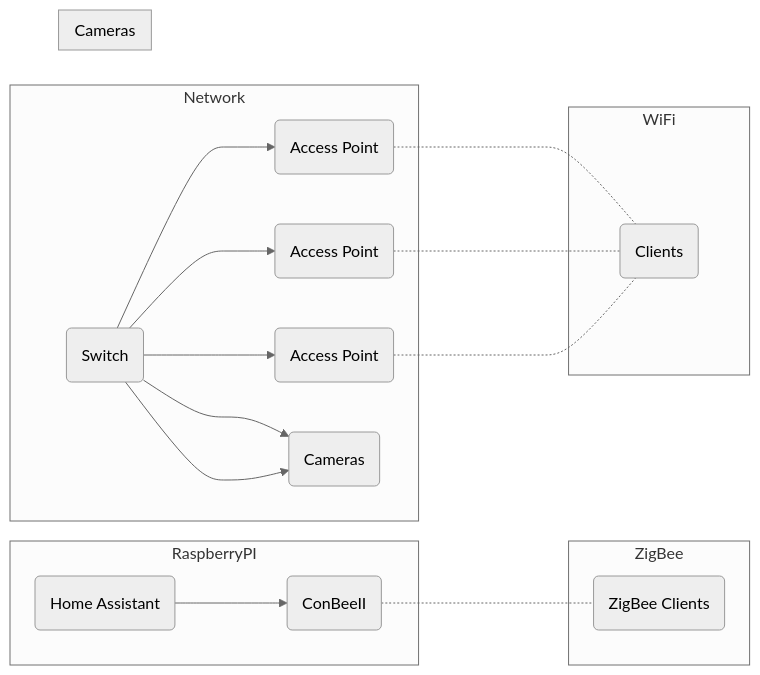
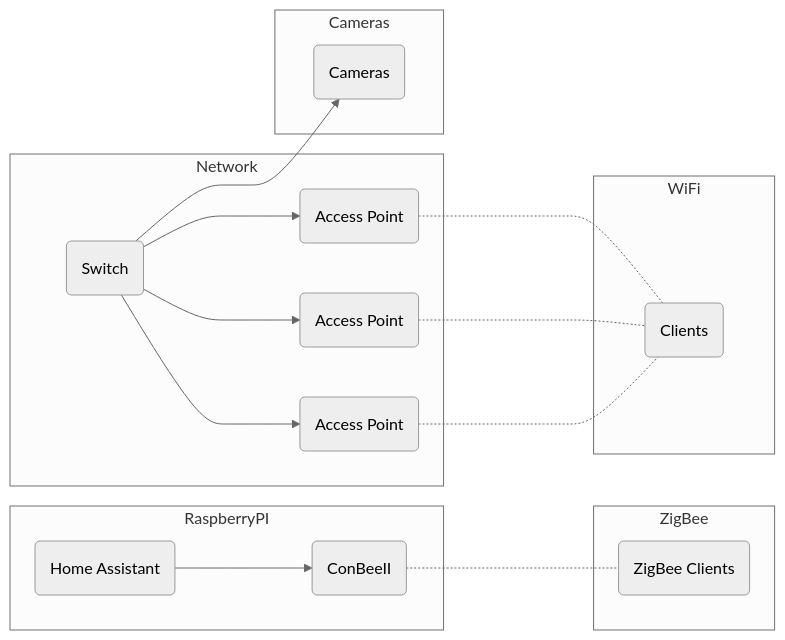
One commit to rangulvers/Homeautomation changed the diagram in README.md. Above: the diagram before and after it, drawn with Mermaid (neutral theme).

````diff
--- a/README.md
+++ b/README.md
@@ -60,23 +60,22 @@
 ```mermaid
     flowchart LR
         subgraph RaspberryPI
         ha1(Home Assistant) ---> ha2(ConBeeII)
         end
         subgraph ZigBee
         ha2 -...- zb1c(ZigBee Clients)
         end
         subgraph Network
         net1(Switch) ---> net2(Access Point)
         net1(Switch) ---> net3(Access Point)
         net1(Switch) ---> net4(Access Point)
-        net1(Switch) ---> cam1(Cameras)
         end
         subgraph Cameras
         net1(Switch) ---> cam1(Cameras)
         end
         subgraph WiFi
         net2 -...- wifi1(Clients)
         net3 -...- wifi1(Clients)
         net4 -...- wifi1(Clients)
         end
 ```
````
